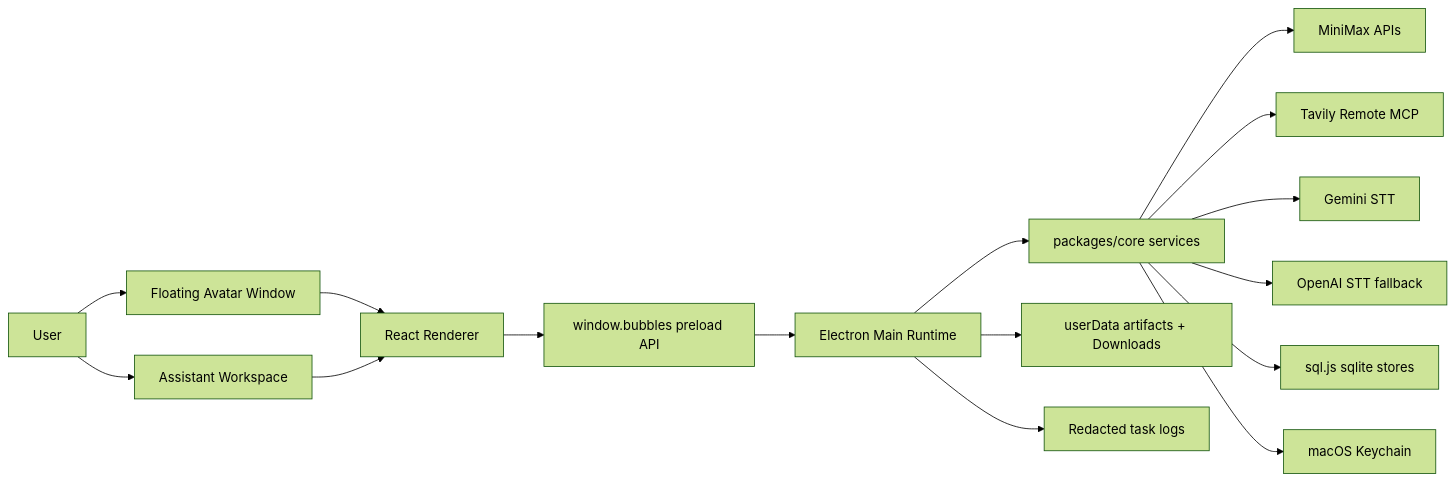
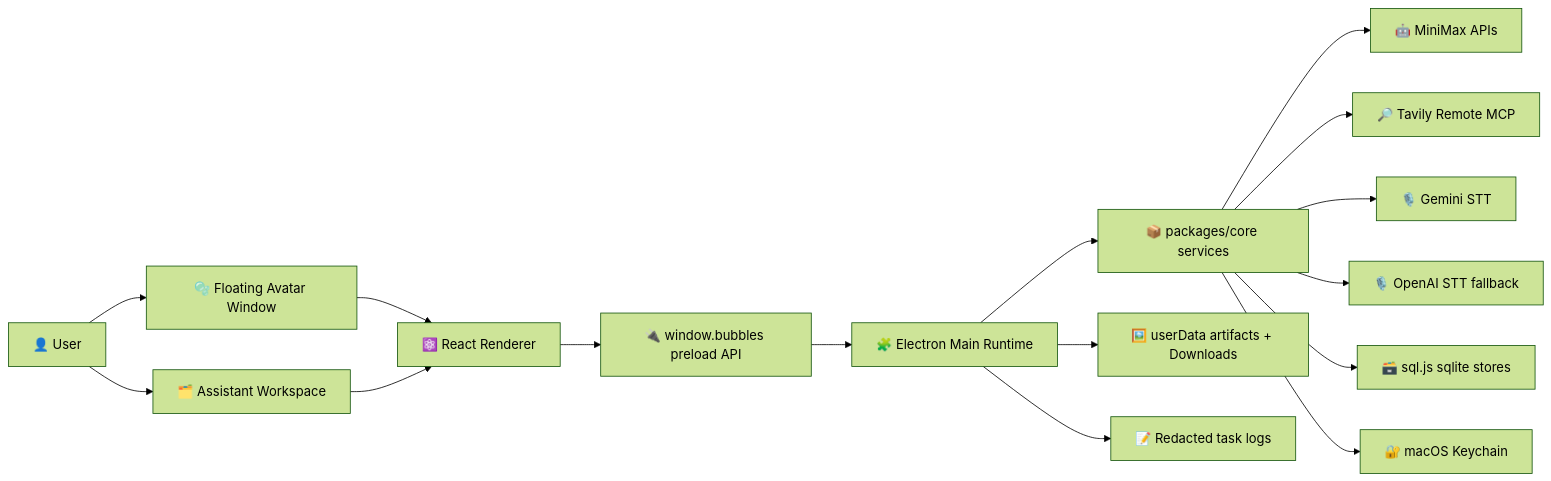
One commit to Cursor-Buildathon/Project-Bubbles changed the first of 3 diagrams in README.md. Above: the diagram before and after it, drawn with Mermaid (forest theme). The commit also changed other lines of this file and 5 other files, not shown here.

````diff
--- a/README.md
+++ b/README.md
@@ -75,18 +97,20 @@
 ```mermaid
 flowchart LR
-  User["User"] --> Avatar["Floating Avatar Window"]
-  User --> Panel["Assistant Workspace"]
-  Avatar --> Renderer["React Renderer"]
-  Panel --> Renderer
-  Renderer --> Preload["window.bubbles preload API"]
-  Preload --> Main["Electron Main Runtime"]
-  Main --> Core["packages/core services"]
-  Core --> MiniMax["MiniMax APIs"]
-  Core --> Tavily["Tavily Remote MCP"]
-  Core --> Gemini["Gemini STT"]
-  Core --> OpenAI["OpenAI STT fallback"]
-  Core --> SQLite["sql.js sqlite stores"]
-  Core --> Keychain["macOS Keychain"]
-  Main --> Artifacts["userData artifacts + Downloads"]
-  Main --> Logs["Redacted task logs"]
+    User["👤 User"] --> Avatar["🫧 Floating Avatar Window"]
+    User --> Panel["🗂️ Assistant Workspace"]
+    Avatar --> Renderer["⚛️ React Renderer"]
+    Panel --> Renderer
+    Renderer --> Preload["🔌 window.bubbles preload API"]
+    Preload --> Main["🧩 Electron Main Runtime"]
+    Main --> Core["📦 packages/core services"]
+
+    Core --> MiniMax["🤖 MiniMax APIs"]
+    Core --> Tavily["🔎 Tavily Remote MCP"]
+    Core --> Gemini["🎙️ Gemini STT"]
+    Core --> OpenAI["🎙️ OpenAI STT fallback"]
+    Core --> SQLite["🗃️ sql.js sqlite stores"]
+    Core --> Keychain["🔐 macOS Keychain"]
+
+    Main --> Artifacts["🖼️ userData artifacts + Downloads"]
+    Main --> Logs["📝 Redacted task logs"]
 ```
````
